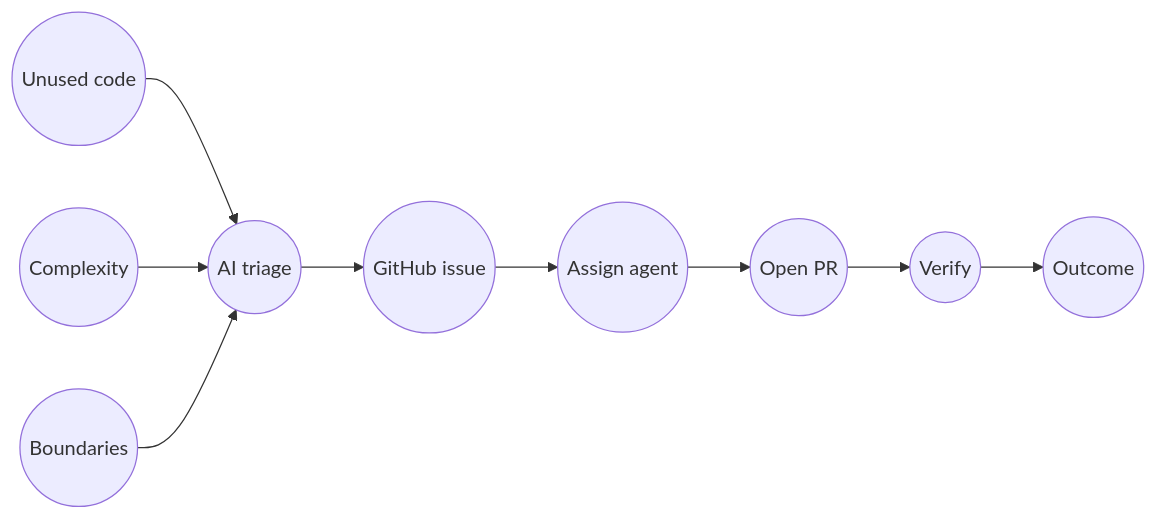
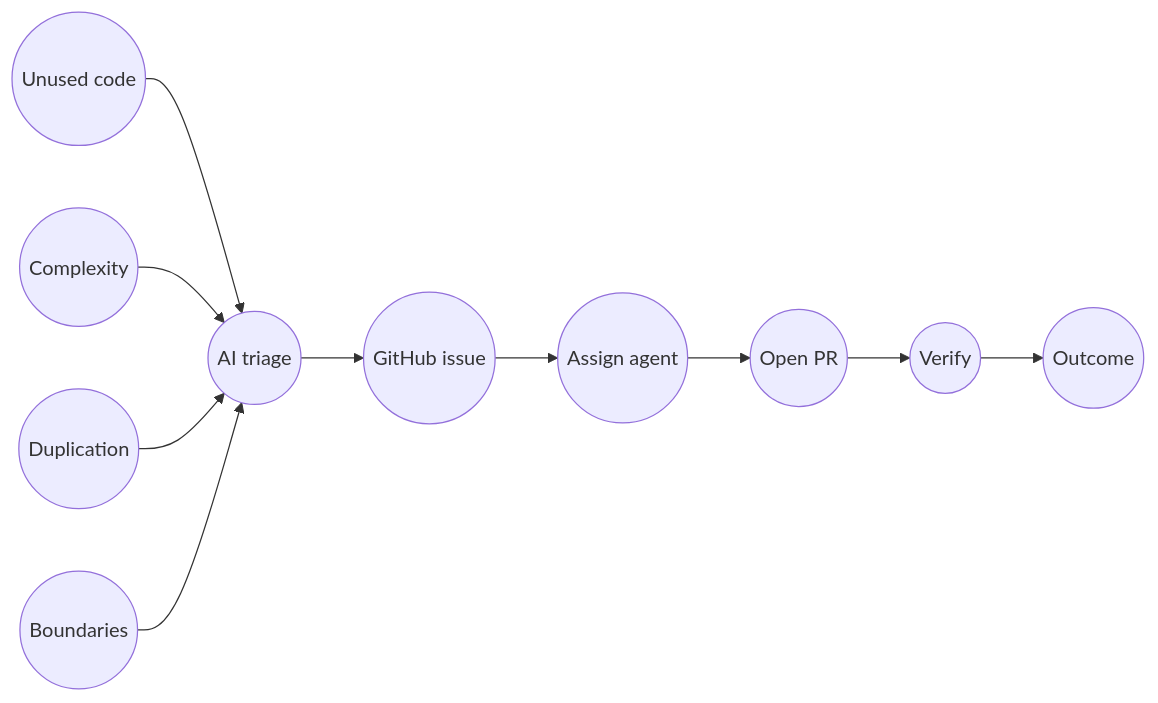
One commit to TelosLabs/wall-e changed the diagram in README.md. Above: the diagram before and after it, drawn with Mermaid. The commit also changed other lines of this file and 10 other files, not shown here.

````diff
--- a/README.md
+++ b/README.md
@@ -101,11 +102,12 @@
 ```mermaid
 flowchart LR
   U((Unused code)) --> T((AI triage))
   H((Complexity)) --> T
+  D((Duplication)) --> T
   B((Boundaries)) --> T
   T --> I((GitHub issue))
   I --> A((Assign agent))
   A --> P((Open PR))
   P --> V((Verify))
   V --> O((Outcome))
 ```
````
